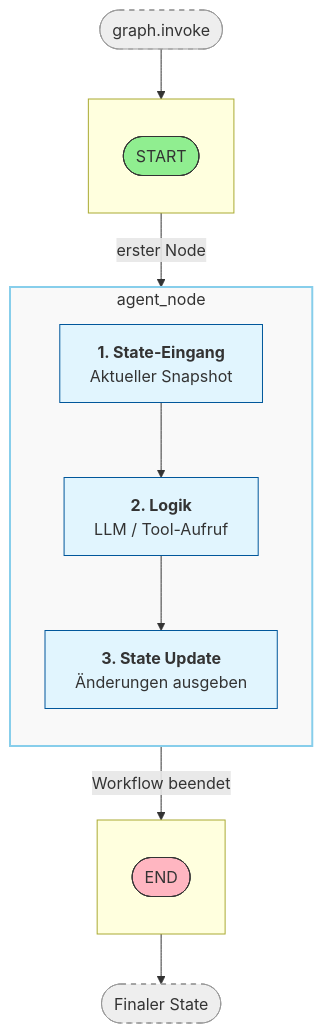
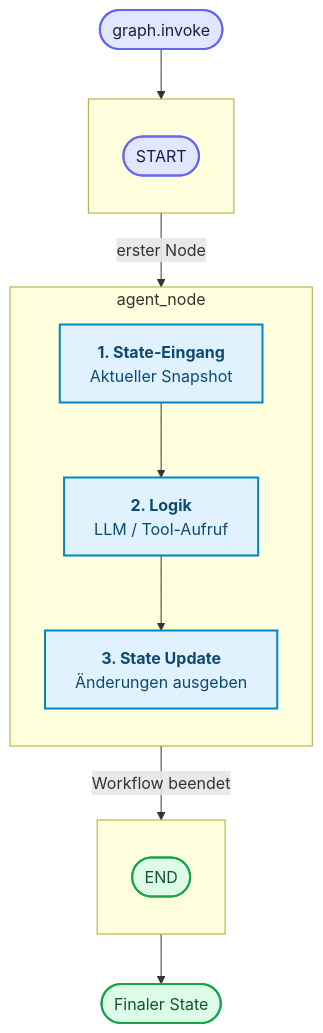
One commit to ralf-42/Agenten changed the second of 7 diagrams in docs/05-frameworks/einsteiger-langgraph.md. Above: the diagram before and after it, drawn with Mermaid. The commit also changed other lines of this file and 15 other files, not shown here.

````diff
--- a/docs/05-frameworks/einsteiger-langgraph.md
+++ b/docs/05-frameworks/einsteiger-langgraph.md
@@ -156,41 +158,37 @@
 ```mermaid
 flowchart TD
     %% Einstiegspunkt
     INVOKE([graph.invoke]) --> START
 
     %% Hauptknoten
     subgraph START_NODE [ ]
         direction TB
         START([START])
     end
 
     subgraph AGENT_NODE [agent_node]
         direction TB
         StateIn[<b>1. State-Eingang</b><br/>Aktueller Snapshot]
         LLM[<b>2. Logik</b><br/>LLM / Tool-Aufruf]
         Update[<b>3. State Update</b><br/>Änderungen ausgeben]
 
         StateIn --> LLM
         LLM --> Update
     end
 
     subgraph END_NODE [ ]
         direction TB
         END([END])
     end
 
     %% Verbindungen
     START -->|erster Node| AGENT_NODE
     AGENT_NODE -->|Workflow beendet| END
     END --> RESULT([Finaler State])
 
-    %% Styling
-    style START fill:#90EE90,stroke:#333
-    style END fill:#FFB6C1,stroke:#333
-    style AGENT_NODE fill:#f9f9f9,stroke:#87CEEB,stroke-width:2px
-    style StateIn fill:#E1F5FE,stroke:#01579B
-    style LLM fill:#E1F5FE,stroke:#01579B
-    style Update fill:#E1F5FE,stroke:#01579B
-    style INVOKE fill:#eeeeee,stroke:#999,stroke-dasharray: 5 5
-    style RESULT fill:#eeeeee,stroke:#999,stroke-dasharray: 5 5
+    classDef default fill:#e0f2fe,stroke:#0284c7,stroke-width:2px,color:#0c4a6e;
+    classDef input fill:#e0e7ff,stroke:#6366f1,stroke-width:2px,color:#1e1b4b;
+    classDef output fill:#dcfce7,stroke:#16a34a,stroke-width:2px,color:#14532d;
+    class INVOKE,START input;
+    class END,RESULT output;
 ```
````
